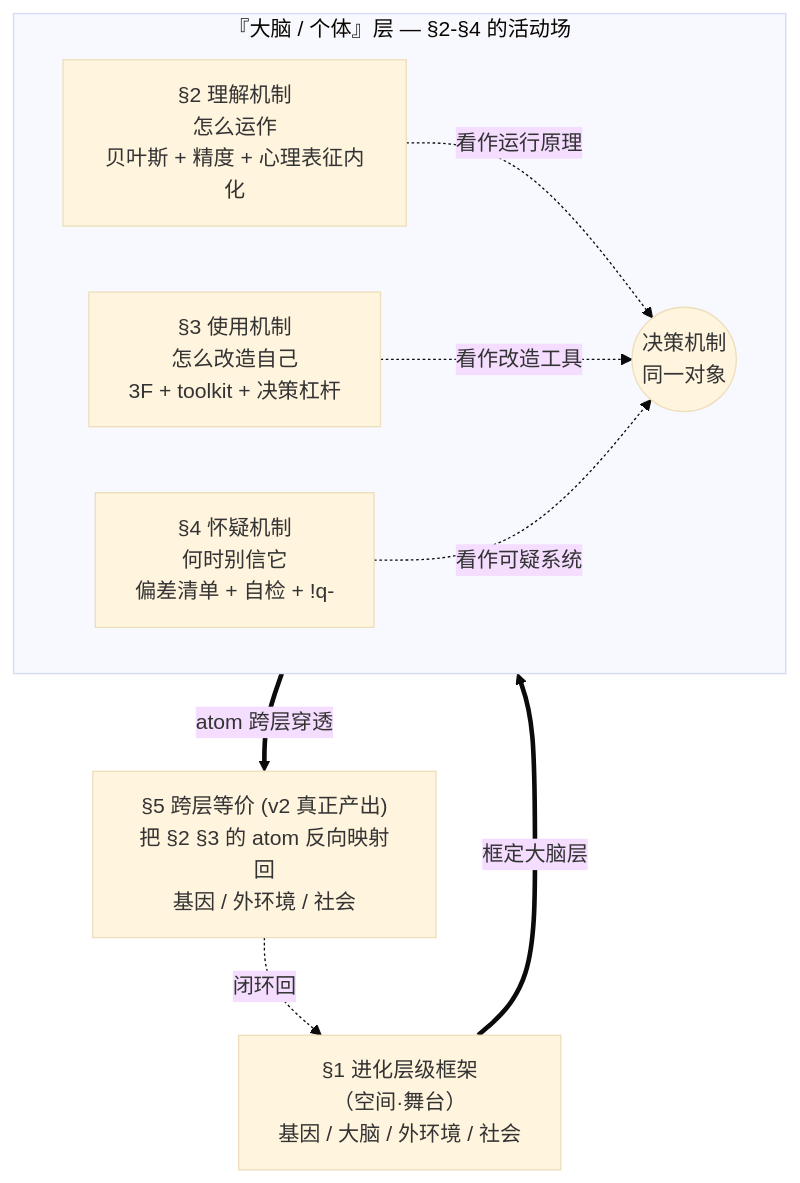
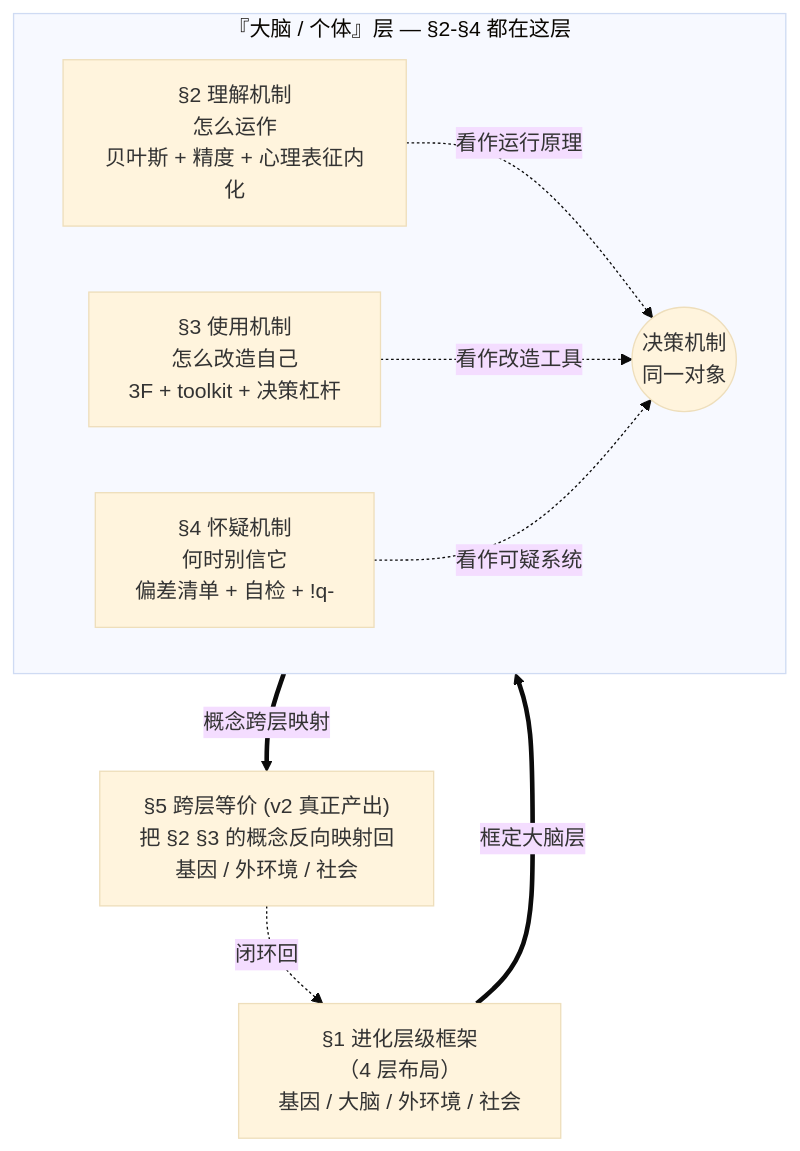
One commit to El25Aleph/_Aleph changed the first of 5 diagrams in docs/moc-@认知链路-v2.md. Above: the diagram before and after it, drawn with Mermaid. The commit also changed other lines of this file and 2 other files, not shown here.

````diff
--- a/docs/moc-@认知链路-v2.md
+++ b/docs/moc-@认知链路-v2.md
@@ -28,26 +57,26 @@
 ```mermaid
 ---
 config:
   theme: base
   look: classic
 ---
 graph TB
-    S1["§1 进化层级框架<br/>（空间·舞台）<br/>基因 / 大脑 / 外环境 / 社会"]
+    S1["§1 进化层级框架<br/>（4 层布局）<br/>基因 / 大脑 / 外环境 / 社会"]
 
-    subgraph BRAIN["『大脑 / 个体』层 — §2-§4 的活动场"]
+    subgraph BRAIN["『大脑 / 个体』层 — §2-§4 都在这层"]
         M(("决策机制<br/>同一对象"))
         S2["§2 理解机制<br/>怎么运作<br/>贝叶斯 + 精度 + 心理表征内化"]
         S3["§3 使用机制<br/>怎么改造自己<br/>3F + toolkit + 决策杠杆"]
         S4["§4 怀疑机制<br/>何时别信它<br/>偏差清单 + 自检 + !q-"]
 
         S2 -.->|看作运行原理| M
         S3 -.->|看作改造工具| M
         S4 -.->|看作可疑系统| M
     end
 
-    S5["§5 跨层等价 (v2 真正产出)<br/>把 §2 §3 的 atom 反向映射回<br/>基因 / 外环境 / 社会"]
+    S5["§5 跨层等价 (v2 真正产出)<br/>把 §2 §3 的概念反向映射回<br/>基因 / 外环境 / 社会"]
 
     S1 ==>|框定大脑层| BRAIN
-    BRAIN ==>|atom 跨层穿透| S5
+    BRAIN ==>|概念跨层映射| S5
     S5 -.->|闭环回| S1
 ```
````
